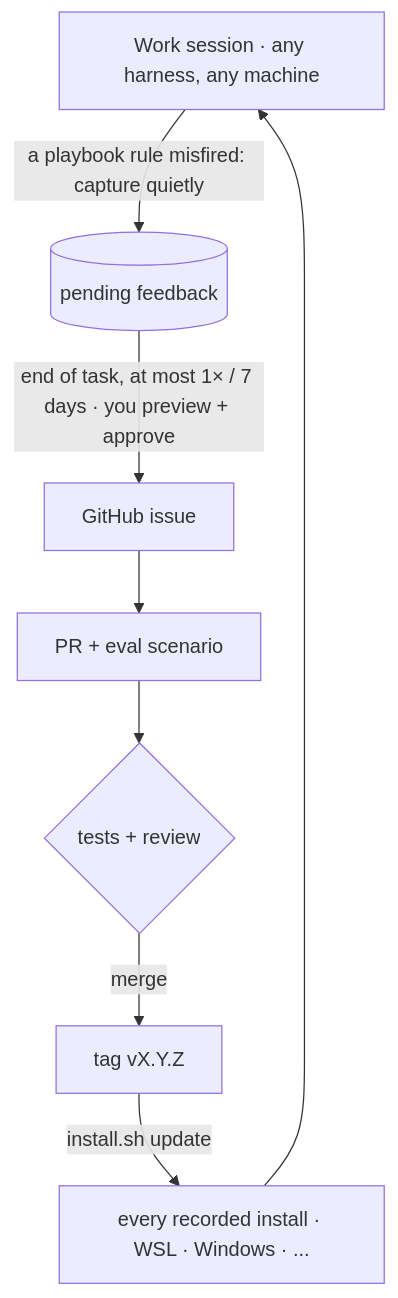
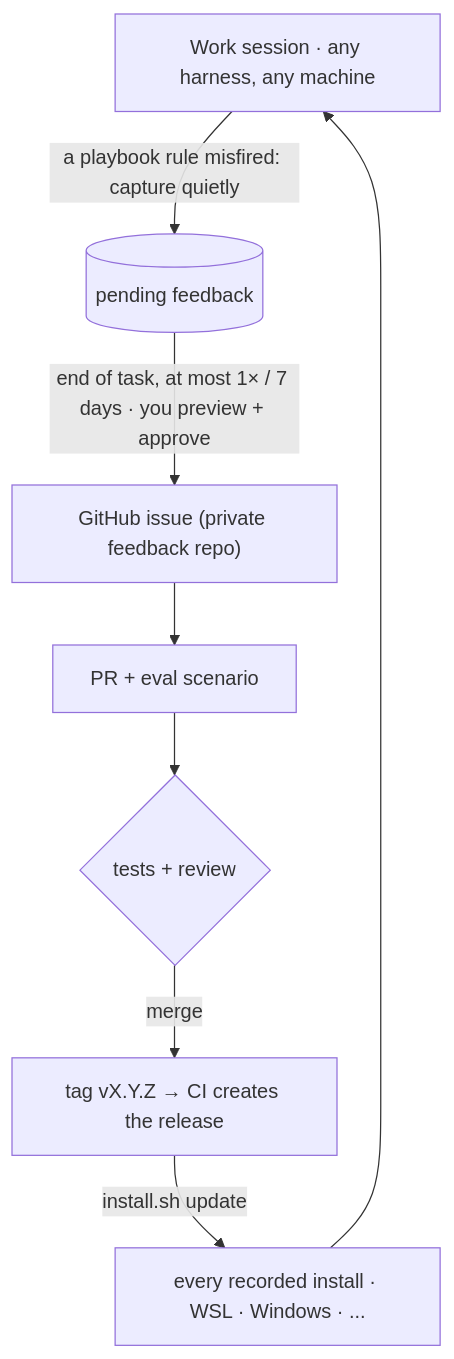
One commit to NLMDang22520190/agent-playbook changed the third of 3 diagrams in README.md. Above: the diagram before and after it, drawn with Mermaid. The commit also changed other lines of this file, not shown here.

````diff
--- a/README.md
+++ b/README.md
@@ -133,10 +133,10 @@
 ```mermaid
 flowchart TD
   A["Work session · any harness, any machine"] -- "a playbook rule misfired: capture quietly" --> B[("pending feedback")]
-  B -- "end of task, at most 1× / 7 days · you preview + approve" --> C["GitHub issue"]
+  B -- "end of task, at most 1× / 7 days · you preview + approve" --> C["GitHub issue (private feedback repo)"]
   C --> D["PR + eval scenario"]
   D --> E{"tests + review"}
-  E -- merge --> F["tag vX.Y.Z"]
+  E -- merge --> F["tag vX.Y.Z → CI creates the release"]
   F -- "install.sh update" --> G["every recorded install · WSL · Windows · ..."]
   G --> A
 ```
````
